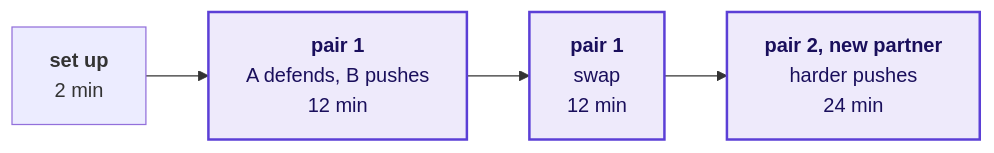
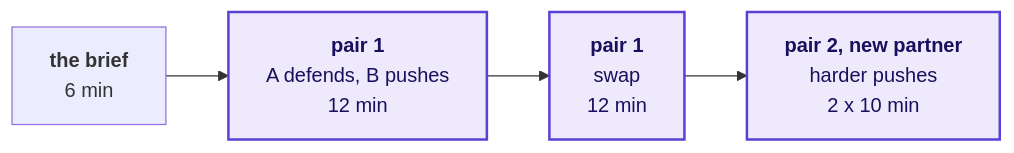
Before and after one commit to fde-academy-lab/c2-content-factory: the third of 6 diagrams in content/W01/D5/slides/C2_W01_D05_rehearsal_STUDENT.md, drawn with Mermaid. The commit also changed other lines of this file and 7 other files, not shown here.

````diff
--- a/content/W01/D5/slides/C2_W01_D05_rehearsal_STUDENT.md
+++ b/content/W01/D5/slides/C2_W01_D05_rehearsal_STUDENT.md
@@ -115,8 +115,8 @@
 ```mermaid
 flowchart LR
-    S["<b>set up</b><br/>2 min"] --> A["<b>pair 1</b><br/>A defends, B pushes<br/>12 min"]
+    S["<b>the brief</b><br/>6 min"] --> A["<b>pair 1</b><br/>A defends, B pushes<br/>12 min"]
     A --> B["<b>pair 1</b><br/>swap<br/>12 min"]
-    B --> C["<b>pair 2, new partner</b><br/>harder pushes<br/>24 min"]
+    B --> C["<b>pair 2, new partner</b><br/>harder pushes<br/>2 x 10 min"]
     classDef known fill:#EEEAFB,stroke:#5B3FD6,color:#1A0F5C,stroke-width:2px
     class A,B,C known
 ```
````
